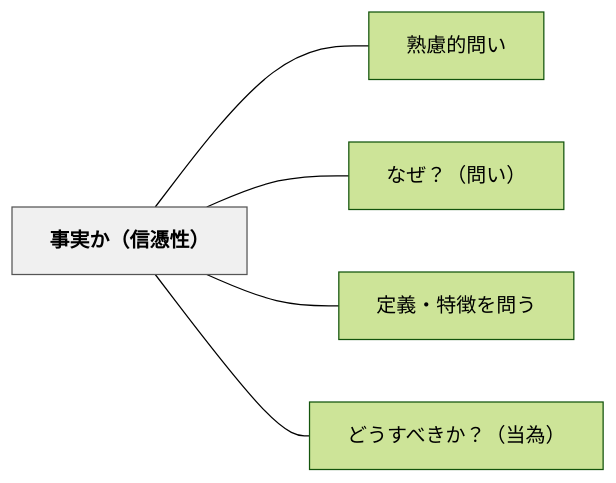
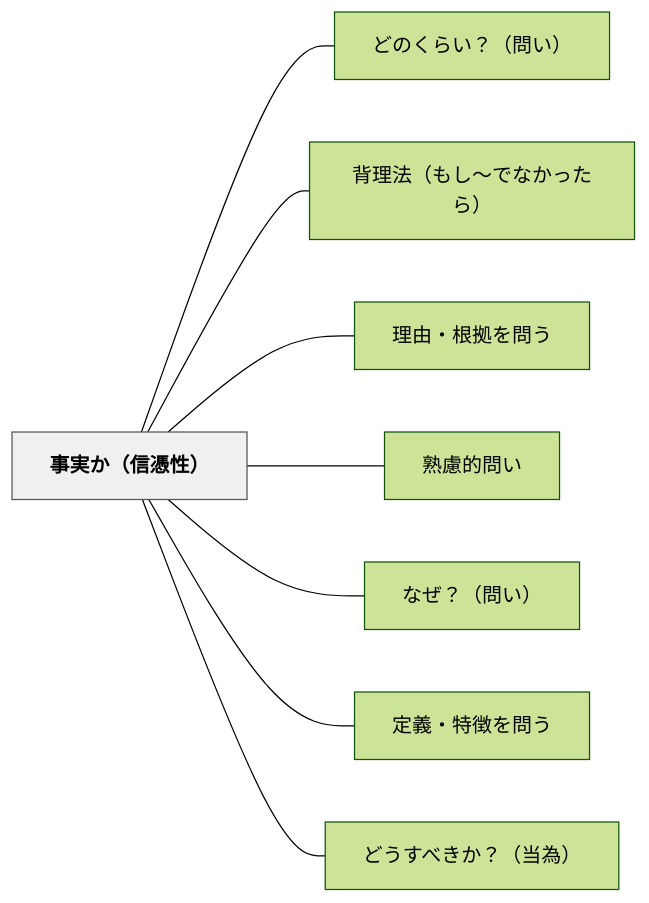
The diagram in content/パタン/事実か（信憑性）.md (unknownthings-ed-patterns/unknownthings-ed-patterns), drawn with Mermaid (forest theme) before and after one commit. The commit also changed other lines of this file and 473 other files, not shown here.

````diff
--- a/content/パタン/事実か（信憑性）.md
+++ b/content/パタン/事実か（信憑性）.md
@@ -41,16 +44,22 @@
 ```mermaid
 flowchart LR
     ne4ba8be5ae9f["事実か（信憑性）"]
+    ne381a9e381ae["どのくらい？（問い）"]
+    ne8838ce79086["背理法（もし〜でなかったら）"]
+    ne79086e794b1["理由・根拠を問う"]
     ne7869fe685ae["熟慮的問い"]
     ne381aae3819c["なぜ？（問い）"]
     ne5ae9ae7bea9["定義・特徴を問う"]
     ne381a9e38186["どうすべきか？（当為）"]
 
+    ne4ba8be5ae9f --- ne381a9e381ae
+    ne4ba8be5ae9f --- ne8838ce79086
+    ne4ba8be5ae9f --- ne79086e794b1
     ne4ba8be5ae9f --- ne7869fe685ae
     ne4ba8be5ae9f --- ne381aae3819c
     ne4ba8be5ae9f --- ne5ae9ae7bea9
     ne4ba8be5ae9f --- ne381a9e38186
 
     classDef hub fill:#f0f0f0,stroke:#555,color:#000,font-weight:bold
     class ne4ba8be5ae9f hub
 ```
````
